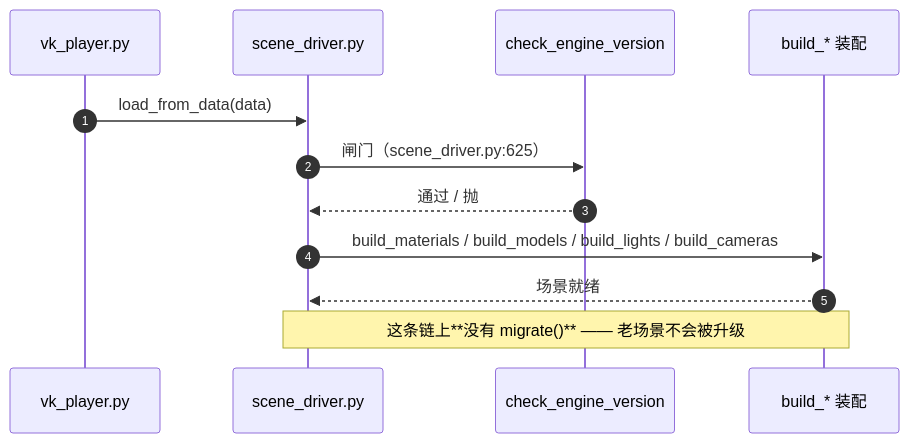
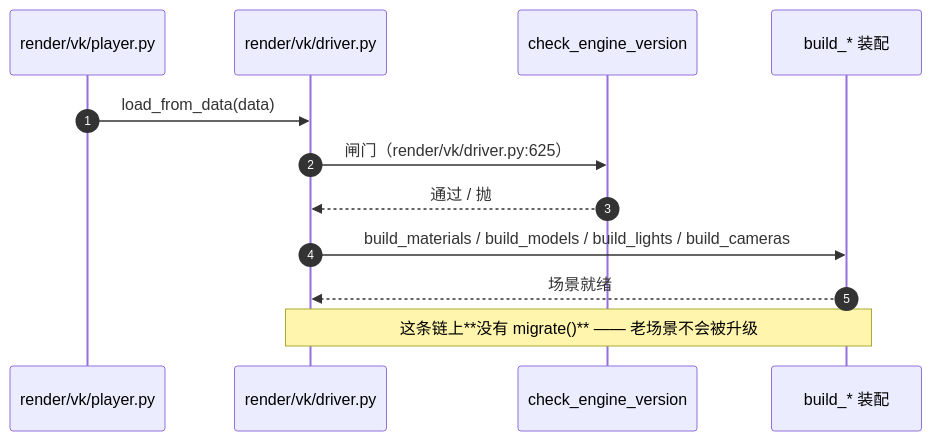
Before and after one commit to lhy302/WeaveEngine: diagram 13 of 23 in ARCHITECTURE.md, drawn with Mermaid. The commit also changed other lines of this file and 97 other files, not shown here.

````diff
--- a/ARCHITECTURE.md
+++ b/ARCHITECTURE.md
@@ -532,14 +532,14 @@
 ```mermaid
 sequenceDiagram
   autonumber
-  participant VP as vk_player.py
-  participant SD as scene_driver.py
+  participant VP as render/vk/player.py
+  participant SD as render/vk/driver.py
   participant GATE as check_engine_version
   participant BM as build_* 装配
   VP->>SD: load_from_data(data)
-  SD->>GATE: 闸门（scene_driver.py:625）
+  SD->>GATE: 闸门（render/vk/driver.py:625）
   GATE-->>SD: 通过 / 抛
   SD->>BM: build_materials / build_models / build_lights / build_cameras
   BM-->>SD: 场景就绪
   Note over SD,BM: 这条链上**没有 migrate()** —— 老场景不会被升级
 ```
````
